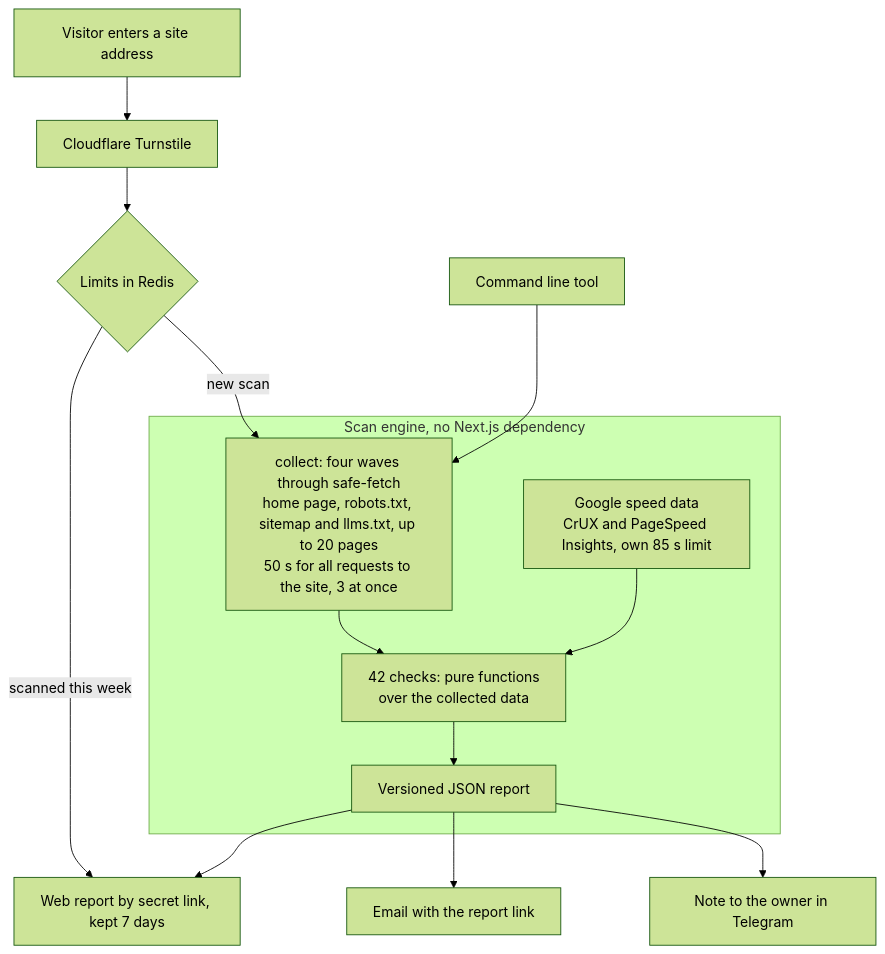
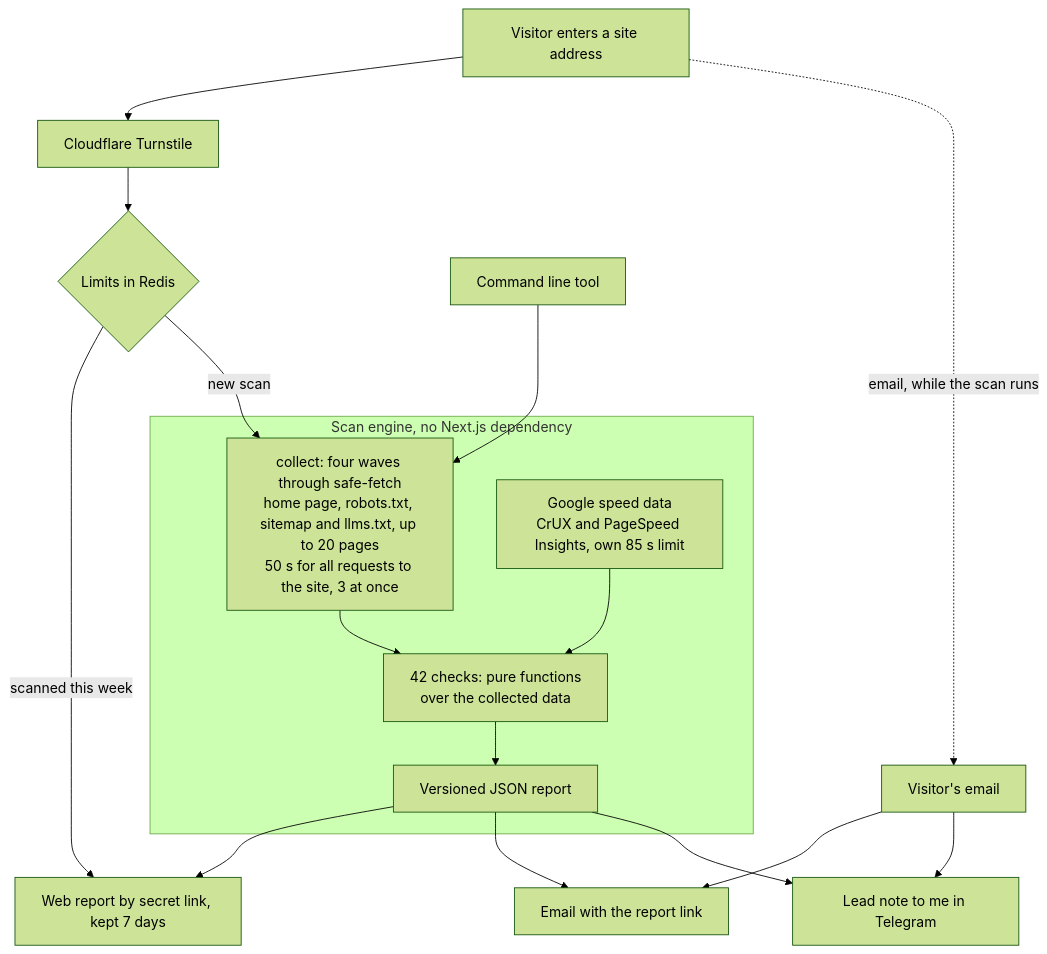
Before and after one commit to ant4x/stratoscope-showcase: the diagram in README.md, drawn with Mermaid (forest theme). The commit also changed other lines of this file and 3 other files, not shown here.

````diff
--- a/README.md
+++ b/README.md
@@ -55,19 +56,22 @@
 ```mermaid
 flowchart TD
   V[Visitor enters a site address] --> T[Cloudflare Turnstile]
   T --> L{Limits in Redis}
   L -->|scanned this week| W
   L -->|new scan| C
   subgraph Engine [Scan engine, no Next.js dependency]
     C[collect: four waves through safe-fetch<br/>home page, robots.txt, sitemap and llms.txt, up to 20 pages<br/>50 s for all requests to the site, 3 at once]
     G[Google speed data<br/>CrUX and PageSpeed Insights, own 85 s limit]
     K[42 checks: pure functions<br/>over the collected data]
     C --> K
     G --> K
     K --> P[Versioned JSON report]
   end
   P --> W[Web report by secret link, kept 7 days]
-  P --> E[Email with the report link]
-  P --> N[Note to the owner in Telegram]
+  V -.->|email, while the scan runs| M[Visitor's email]
+  M --> E[Email with the report link]
+  M --> N[Lead note to me in Telegram]
+  P --> E
+  P --> N
   CLI[Command line tool] --> C
 ```
````
